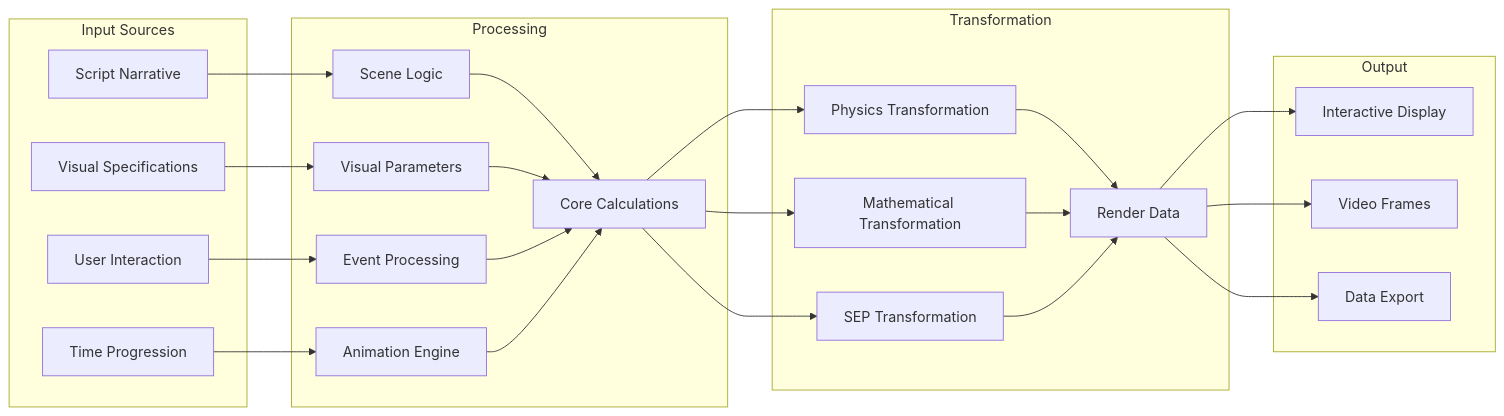
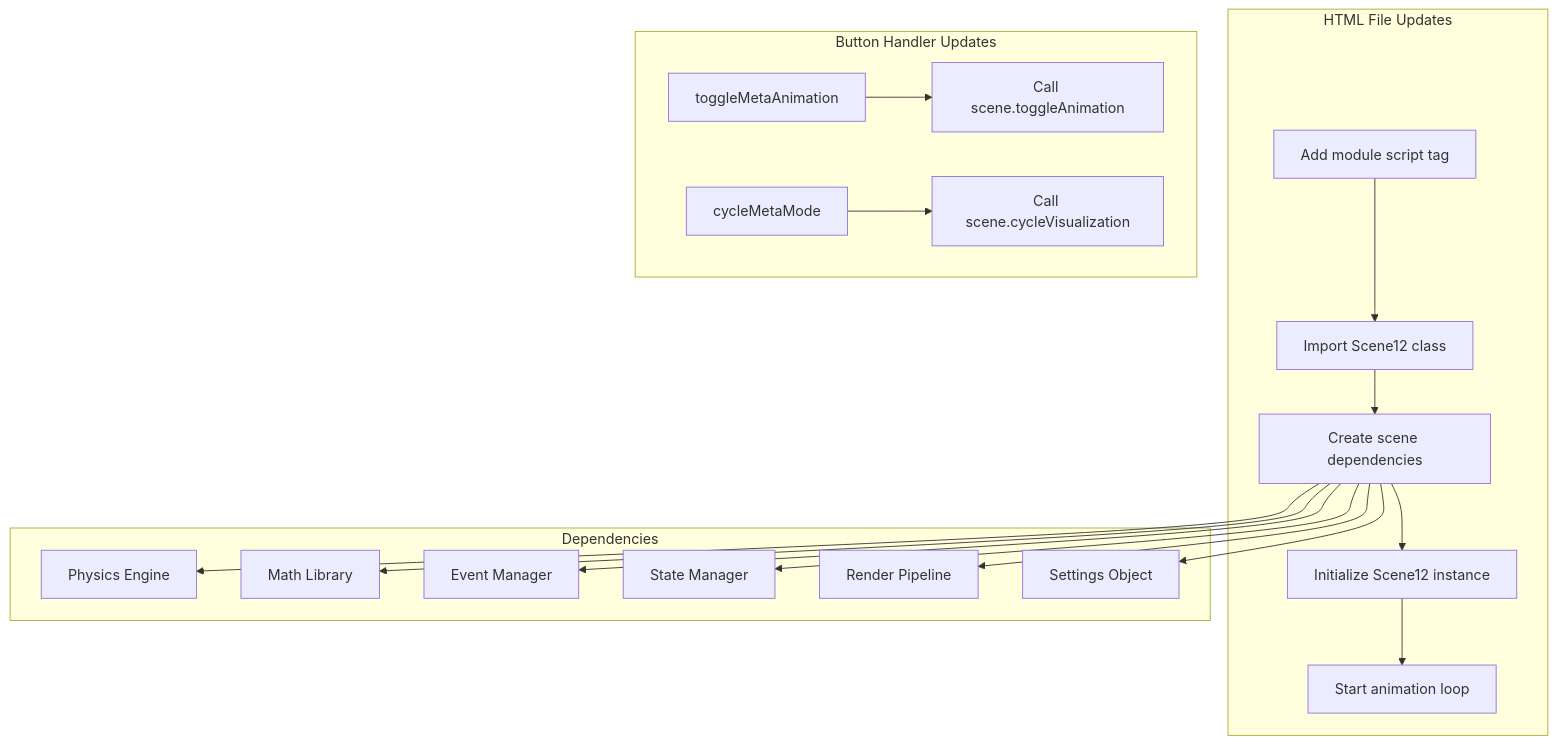
One commit to scrallex/Self-Emergent-Processor changed the second of 2 diagrams in SEP_MARKETING_IMPLEMENTATION_PLAN.md. Above: the diagram before and after it, drawn with Mermaid. The commit also changed other lines of this file and 3 other files, not shown here.

````diff
--- a/SEP_MARKETING_IMPLEMENTATION_PLAN.md
+++ b/SEP_MARKETING_IMPLEMENTATION_PLAN.md
@@ -361,37 +93,25 @@
 ```mermaid
-flowchart LR
-    subgraph "Input Sources"
-        Script[Script Narrative]
-        Outline[Visual Specifications]
-        UserInput[User Interaction]
-        Time[Time Progression]
+flowchart TB
+    subgraph "HTML File Updates"
+        A[Add module script tag] --> B[Import Scene12 class]
+        B --> C[Create scene dependencies]
+        C --> D[Initialize Scene12 instance]
+        D --> E[Start animation loop]
     end
     
-    subgraph "Processing"
-        Script --> SceneLogic[Scene Logic]
-        Outline --> VisualParams[Visual Parameters]
-        UserInput --> EventProc[Event Processing]
-        Time --> AnimationEngine[Animation Engine]
-        
-        SceneLogic --> CoreCalc[Core Calculations]
-        VisualParams --> CoreCalc
-        EventProc --> CoreCalc
-        AnimationEngine --> CoreCalc
+    subgraph "Button Handler Updates"
+        F[toggleMetaAnimation] --> G[Call scene.toggleAnimation]
+        H[cycleMetaMode] --> I[Call scene.cycleVisualization]
     end
     
-    subgraph "Transformation"
-        CoreCalc --> PhysicsTransform[Physics Transformation]
-        CoreCalc --> MathTransform[Mathematical Transformation]
-        CoreCalc --> SEPTransform[SEP Transformation]
-        
-        PhysicsTransform --> RenderData[Render Data]
-        MathTransform --> RenderData
-        SEPTransform --> RenderData
+    subgraph "Dependencies"
+        J[Physics Engine]
+        K[Math Library]
+        L[Event Manager]
+        M[State Manager]
+        N[Render Pipeline]
+        O[Settings Object]
     end
     
-    subgraph "Output"
-        RenderData --> InteractiveView[Interactive Display]
-        RenderData --> VideoFrames[Video Frames]
-        RenderData --> DataExport[Data Export]
-    end
+    C --> J & K & L & M & N & O
 ```
````
